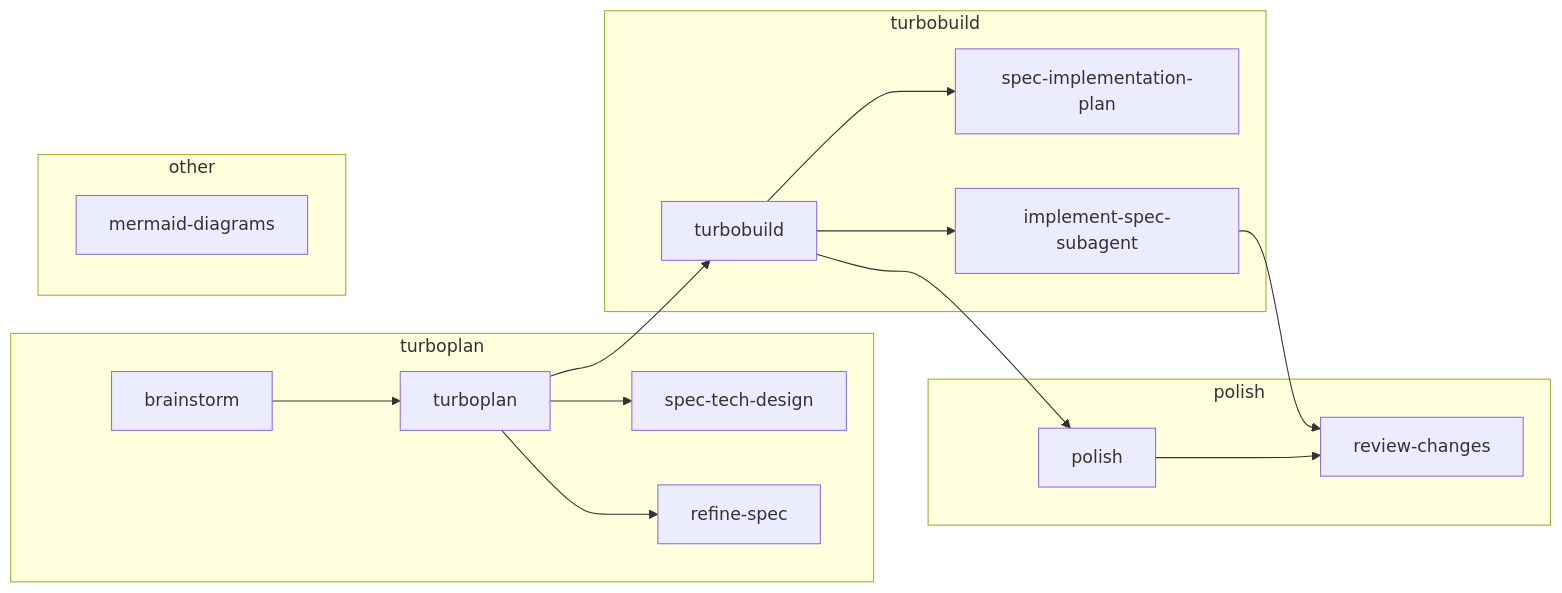
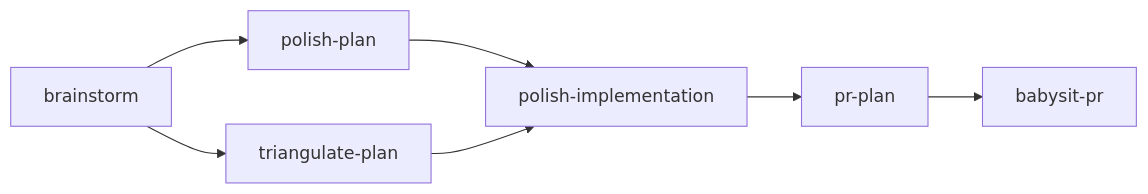
Before and after one commit to rstacruz/agentic-toolkit: the diagram in docs/skills.md, drawn with Mermaid. The commit also changed other lines of this file and 23 other files, not shown here.

````diff
--- a/docs/skills.md
+++ b/docs/skills.md
@@ -5,31 +5,9 @@
 ```mermaid
 graph LR
-  brainstorm --> turboplan["turboplan"]
-  turboplan --> spectech["spec-tech-design"]
-  turboplan --> refinespec["refine-spec"]
-  turboplan --> turbobuild["turbobuild"]
-  turbobuild --> specimpl["spec-implementation-plan"]
-  turbobuild --> implsubagent["implement-spec-subagent"]
-  turbobuild --> polish
-  implsubagent --> reviewchanges["review-changes"]
-  polish["polish"] --> reviewchanges
-
-  subgraph turboplan_group["turboplan"]
-    brainstorm
-    turboplan
-    spectech
-    refinespec
-  end
-  subgraph turbobuild_group["turbobuild"]
-    turbobuild
-    specimpl
-    implsubagent
-  end
-  subgraph polish_group["polish"]
-    polish
-    reviewchanges
-  end
-  subgraph other_group["other"]
-    mermaid["mermaid-diagrams"]
-  end
+  brainstorm --> polish-plan
+  brainstorm --> triangulate-plan
+  polish-plan --> polish-implementation
+  triangulate-plan --> polish-implementation
+  polish-implementation --> pr-plan
+  pr-plan --> babysit-pr
 ```
````
